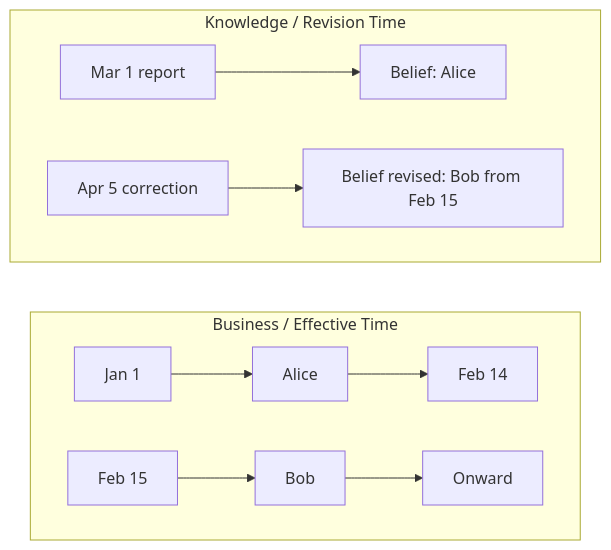
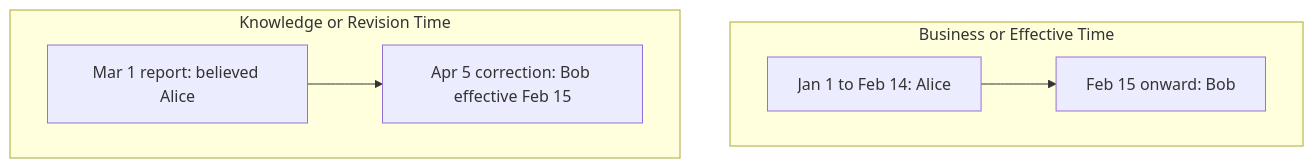
Before and after one commit to androviperian/semantic_warehouse_framework: the eighth of 12 diagrams in book/01-from-reporting-to-decision-intelligence.md, drawn with Mermaid. The commit also changed other lines of this file, not shown here.

Commit message:
Repair and complete chapter 1 Mermaid diagrams

````diff
--- a/book/01-from-reporting-to-decision-intelligence.md
+++ b/book/01-from-reporting-to-decision-intelligence.md
@@ -371,14 +315,9 @@
 ```mermaid
-flowchart LR
-    subgraph BT["Business / Effective Time"]
-        direction LR
-        A1["Jan 1"] --> A2["Alice"] --> A3["Feb 14"]
-        B1["Feb 15"] --> B2["Bob"] --> B3["Onward"]
+flowchart TB
+    subgraph Effective["Business or Effective Time"]
+        A["Jan 1 to Feb 14: Alice"] --> B["Feb 15 onward: Bob"]
     end
-
-    subgraph KT["Knowledge / Revision Time"]
-        direction LR
-        K1["Mar 1 report"] --> K2["Belief: Alice"]
-        K3["Apr 5 correction"] --> K4["Belief revised: Bob from Feb 15"]
+    subgraph Revision["Knowledge or Revision Time"]
+        C["Mar 1 report: believed Alice"] --> D["Apr 5 correction: Bob effective Feb 15"]
     end
 ```
````
